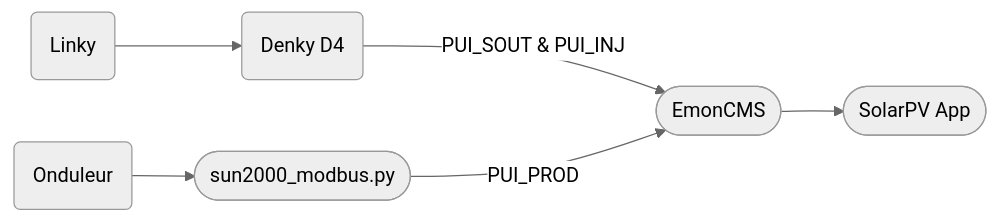
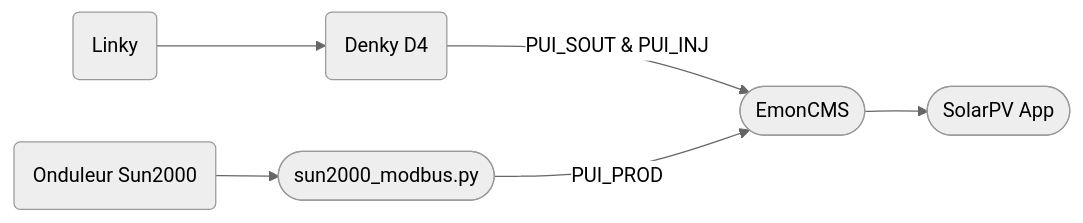
Before and after one commit to sosandroid/Monitoring_Energie: the diagram in readme.md, drawn with Mermaid (neutral theme). The commit also changed other lines of this file, not shown here.

````diff
--- a/readme.md
+++ b/readme.md
@@ -15,9 +15,9 @@
 ```mermaid
 flowchart LR;
     A(Linky)-->B;
 	B(Denky D4)--PUI_SOUT & PUI_INJ-->C;
 	C([EmonCMS])-->D;
     D([SolarPV App]);
-	E(Onduleur)-->F;
+	E(Onduleur Sun2000)-->F;
 	F([sun2000_modbus.py])--PUI_PROD-->C
 ```
````
